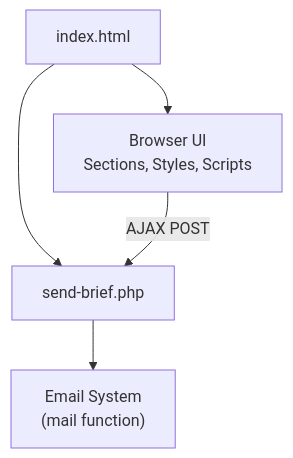
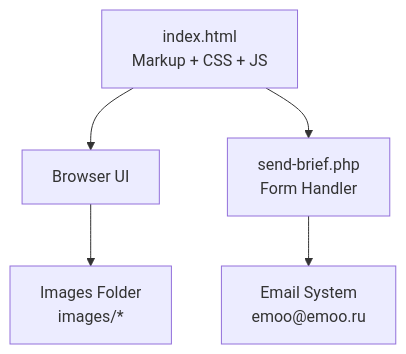
One commit to Vostrikov2014/emoo changed the first of 3 diagrams in .qoder/repowiki/en/content/Customization Guide.md. Above: the diagram before and after it, drawn with Mermaid. The commit also changed other lines of this file and 49 other files, not shown here.

````diff
--- a/.qoder/repowiki/en/content/Customization Guide.md
+++ b/.qoder/repowiki/en/content/Customization Guide.md
@@ -31,7 +31,7 @@
 ```mermaid
 graph TB
-A["index.html"] --> B["Browser UI<br/>Sections, Styles, Scripts"]
-A --> C["send-brief.php"]
-C --> D["Email System<br/>(mail function)"]
-B --> |AJAX POST| C
+A["index.html<br/>Markup + CSS + JS"] --> B["Browser UI"]
+A --> C["send-brief.php<br/>Form Handler"]
+C --> D["Email System<br/>emoo@emoo.ru"]
+B --> E["Images Folder<br/>images/*"]
 ```
````
